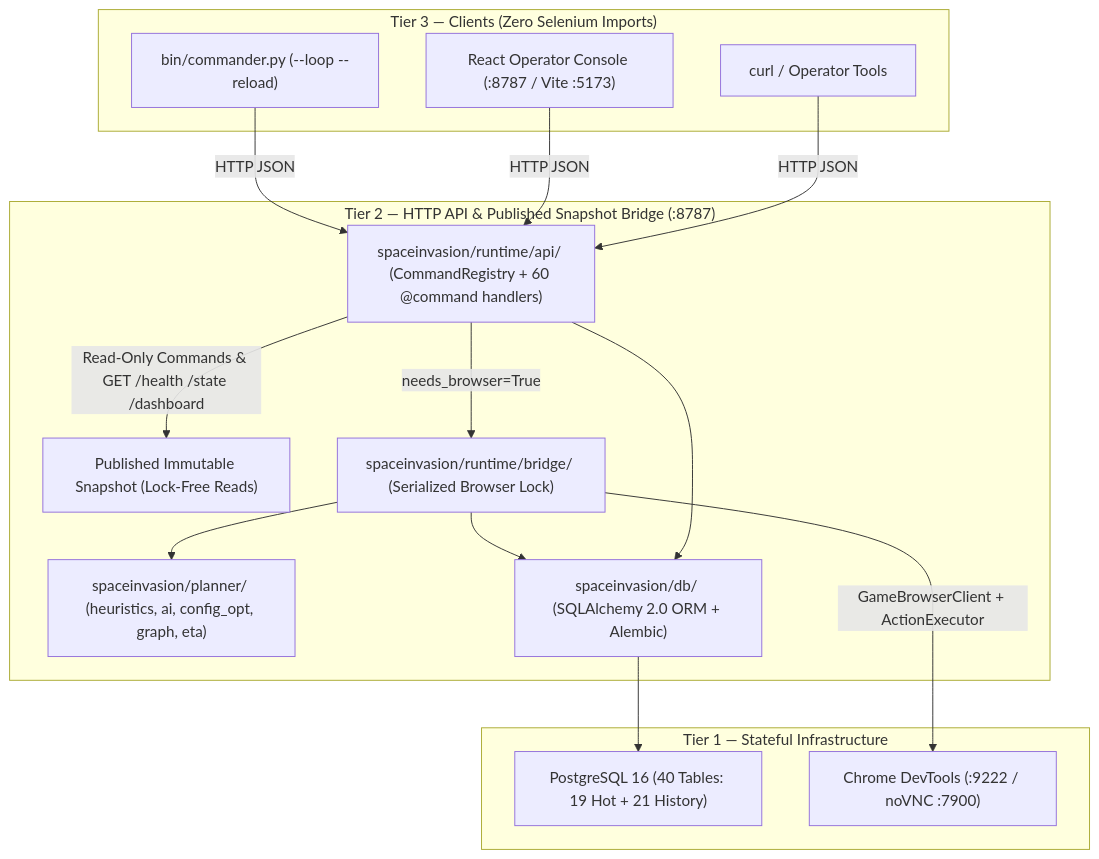
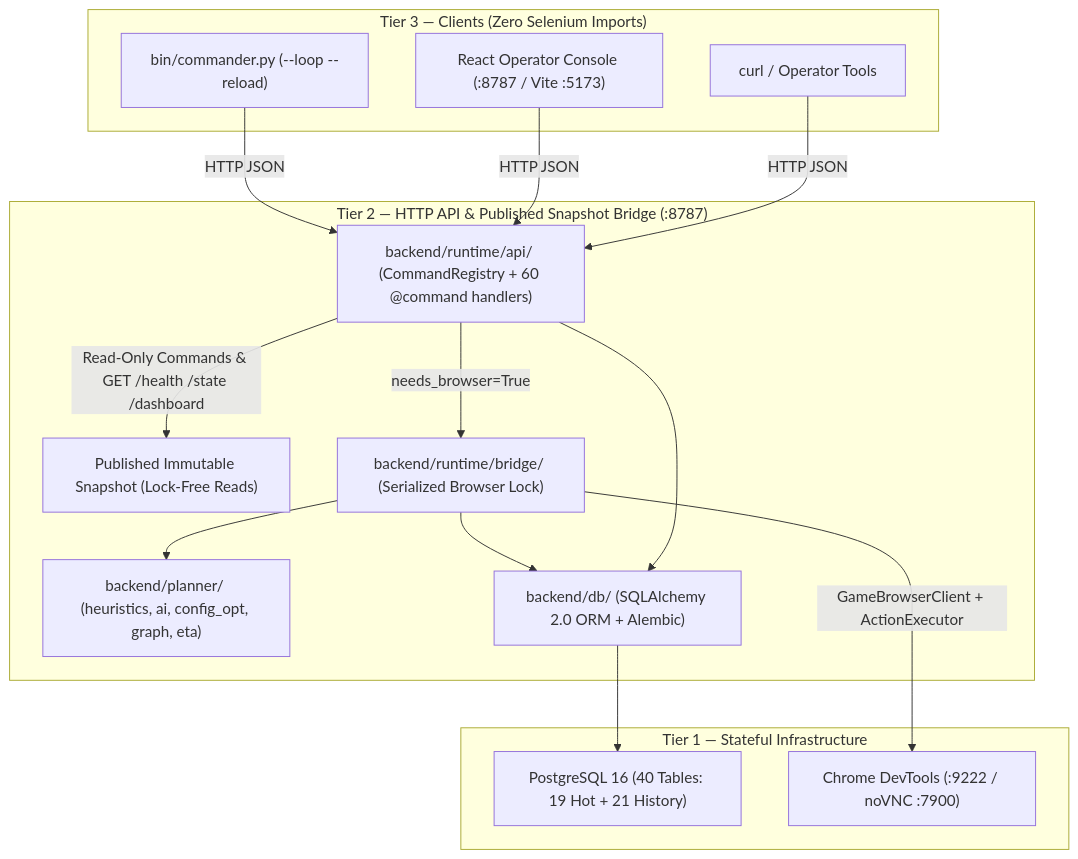
The diagram in docs/architecture.md (vitorecomp/spaceinvasion-autoplayer), drawn with Mermaid before and after one commit. The commit also changed other lines of this file and 1036 other files, not shown here.

Commit message:
chore(repo): rename spaceinvasion->backend, docker-compose->podman-compose, drop starter.sh/run_stack/requirements

````diff
--- a/docs/architecture.md
+++ b/docs/architecture.md
@@ -18,32 +18,32 @@
 ```mermaid
 flowchart TB
   subgraph Tier3["Tier 3 — Clients (Zero Selenium Imports)"]
     CMD["bin/commander.py (--loop --reload)"]
     UI["React Operator Console (:8787 / Vite :5173)"]
     CLI["curl / Operator Tools"]
   end
 
   subgraph Tier2["Tier 2 — HTTP API & Published Snapshot Bridge (:8787)"]
-    API["spaceinvasion/runtime/api/ (CommandRegistry + 60 @command handlers)"]
+    API["backend/runtime/api/ (CommandRegistry + 60 @command handlers)"]
     SNAP["Published Immutable Snapshot (Lock-Free Reads)"]
-    BRIDGE["spaceinvasion/runtime/bridge/ (Serialized Browser Lock)"]
-    PLAN["spaceinvasion/planner/ (heuristics, ai, config_opt, graph, eta)"]
-    DB["spaceinvasion/db/ (SQLAlchemy 2.0 ORM + Alembic)"]
+    BRIDGE["backend/runtime/bridge/ (Serialized Browser Lock)"]
+    PLAN["backend/planner/ (heuristics, ai, config_opt, graph, eta)"]
+    DB["backend/db/ (SQLAlchemy 2.0 ORM + Alembic)"]
   end
 
   subgraph Tier1["Tier 1 — Stateful Infrastructure"]
     PG["PostgreSQL 16 (40 Tables: 19 Hot + 21 History)"]
     CHROME["Chrome DevTools (:9222 / noVNC :7900)"]
   end
 
   CMD -->|HTTP JSON| API
   UI -->|HTTP JSON| API
   CLI -->|HTTP JSON| API
   API -->|Read-Only Commands & GET /health /state /dashboard| SNAP
   API -->|needs_browser=True| BRIDGE
   BRIDGE --> PLAN
   BRIDGE --> DB
   API --> DB
   DB --> PG
   BRIDGE -->|GameBrowserClient + ActionExecutor| CHROME
 ```
````
